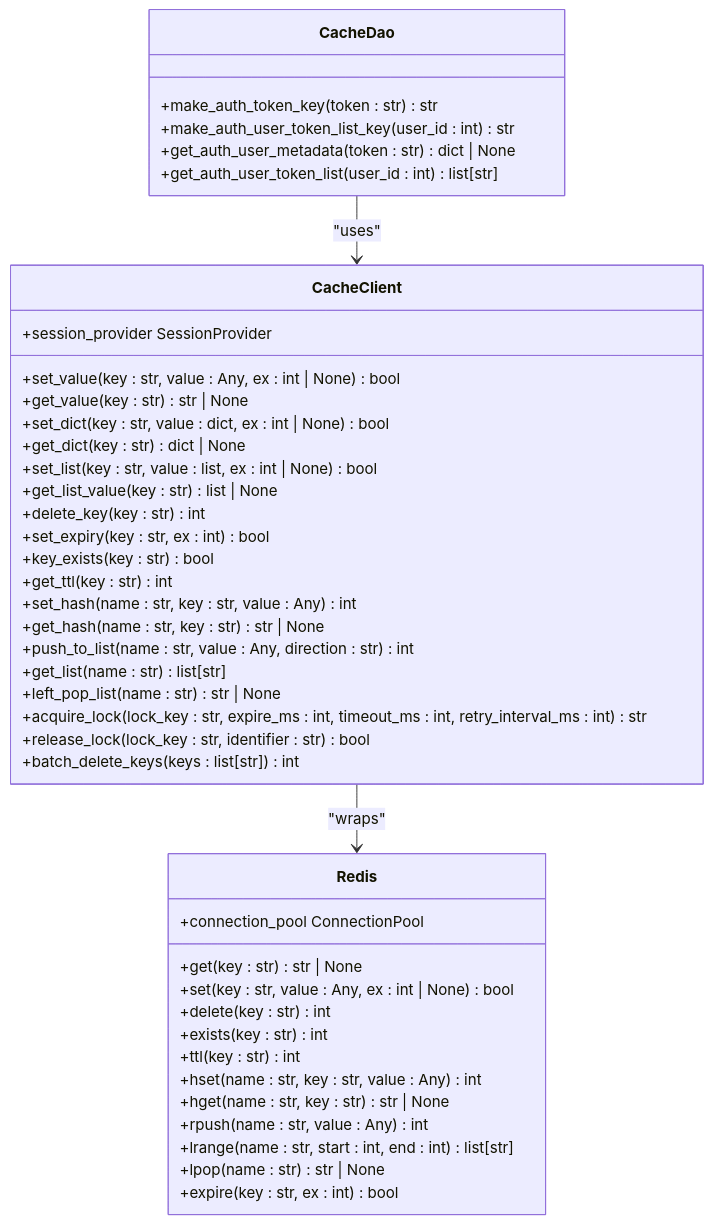
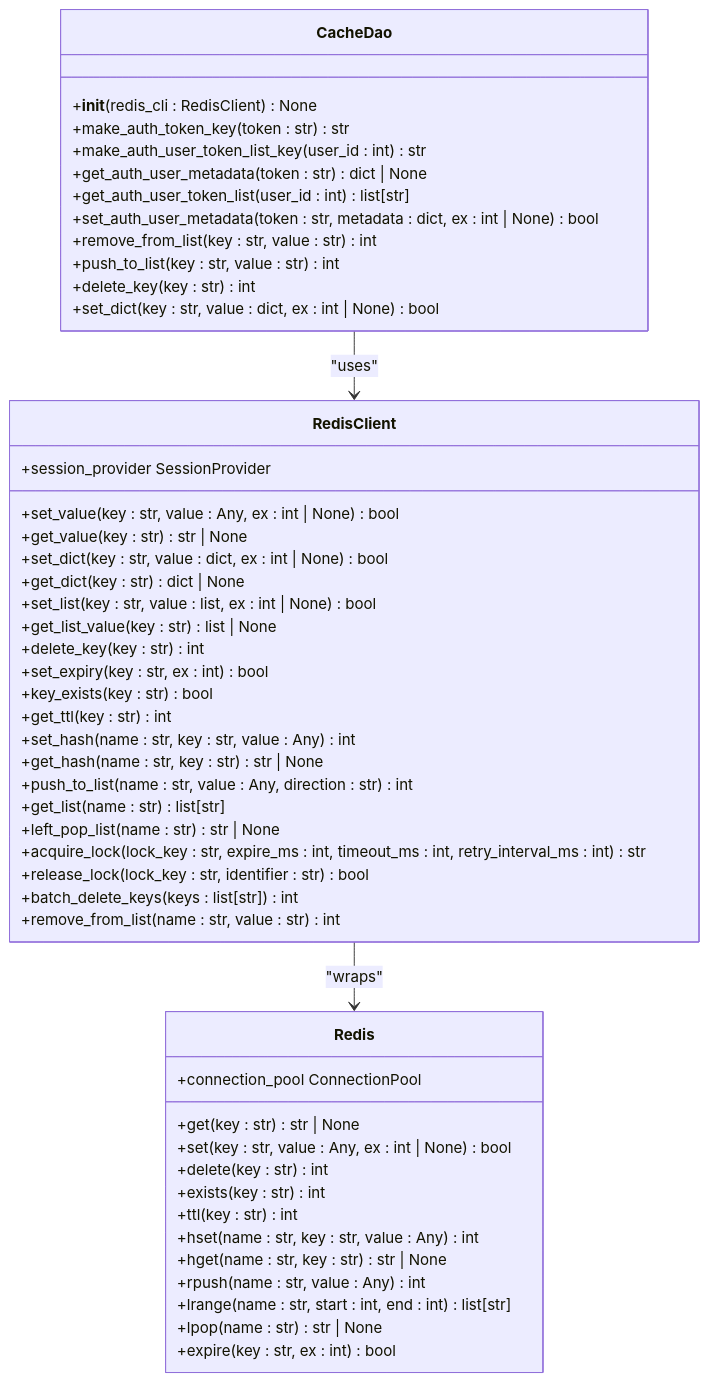
One commit to lilinzezzzzzz/fastapi-backend changed the fourth of 8 diagrams in .qoder/repowiki/zh/content/数据访问层/Redis数据访问对象.md. Above: the diagram before and after it, drawn with Mermaid. The commit also changed other lines of this file and 42 other files, not shown here.

````diff
--- a/.qoder/repowiki/zh/content/数据访问层/Redis数据访问对象.md
+++ b/.qoder/repowiki/zh/content/数据访问层/Redis数据访问对象.md
@@ -172,46 +191,53 @@
 ```mermaid
 classDiagram
 class CacheDao {
++__init__(redis_cli : RedisClient) None
 +make_auth_token_key(token : str) str
 +make_auth_user_token_list_key(user_id : int) str
 +get_auth_user_metadata(token : str) dict | None
 +get_auth_user_token_list(user_id : int) list[str]
++set_auth_user_metadata(token : str, metadata : dict, ex : int | None) bool
++remove_from_list(key : str, value : str) int
++push_to_list(key : str, value : str) int
++delete_key(key : str) int
++set_dict(key : str, value : dict, ex : int | None) bool
 }
-class CacheClient {
+class RedisClient {
 +session_provider SessionProvider
 +set_value(key : str, value : Any, ex : int | None) bool
 +get_value(key : str) str | None
 +set_dict(key : str, value : dict, ex : int | None) bool
 +get_dict(key : str) dict | None
 +set_list(key : str, value : list, ex : int | None) bool
 +get_list_value(key : str) list | None
 +delete_key(key : str) int
 +set_expiry(key : str, ex : int) bool
 +key_exists(key : str) bool
 +get_ttl(key : str) int
 +set_hash(name : str, key : str, value : Any) int
 +get_hash(name : str, key : str) str | None
 +push_to_list(name : str, value : Any, direction : str) int
 +get_list(name : str) list[str]
 +left_pop_list(name : str) str | None
 +acquire_lock(lock_key : str, expire_ms : int, timeout_ms : int, retry_interval_ms : int) str
 +release_lock(lock_key : str, identifier : str) bool
 +batch_delete_keys(keys : list[str]) int
++remove_from_list(name : str, value : str) int
 }
 class Redis {
 +connection_pool ConnectionPool
 +get(key : str) str | None
 +set(key : str, value : Any, ex : int | None) bool
 +delete(key : str) int
 +exists(key : str) int
 +ttl(key : str) int
 +hset(name : str, key : str, value : Any) int
 +hget(name : str, key : str) str | None
 +rpush(name : str, value : Any) int
 +lrange(name : str, start : int, end : int) list[str]
 +lpop(name : str) str | None
 +expire(key : str, ex : int) bool
 }
-CacheDao --> CacheClient : "uses"
-CacheClient --> Redis : "wraps"
+CacheDao --> RedisClient : "uses"
+RedisClient --> Redis : "wraps"
 ```
````
